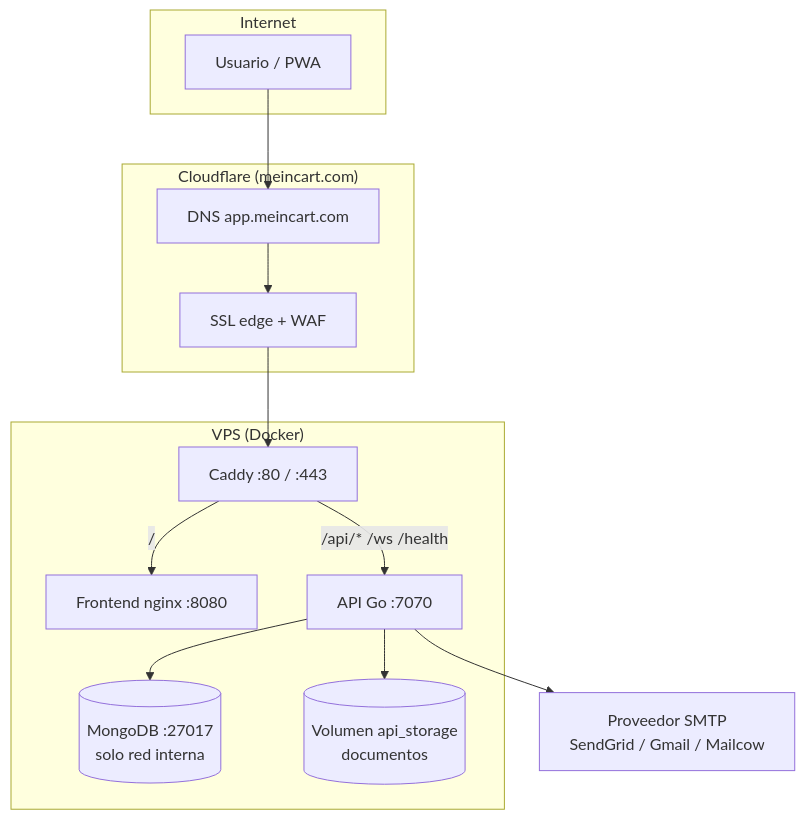
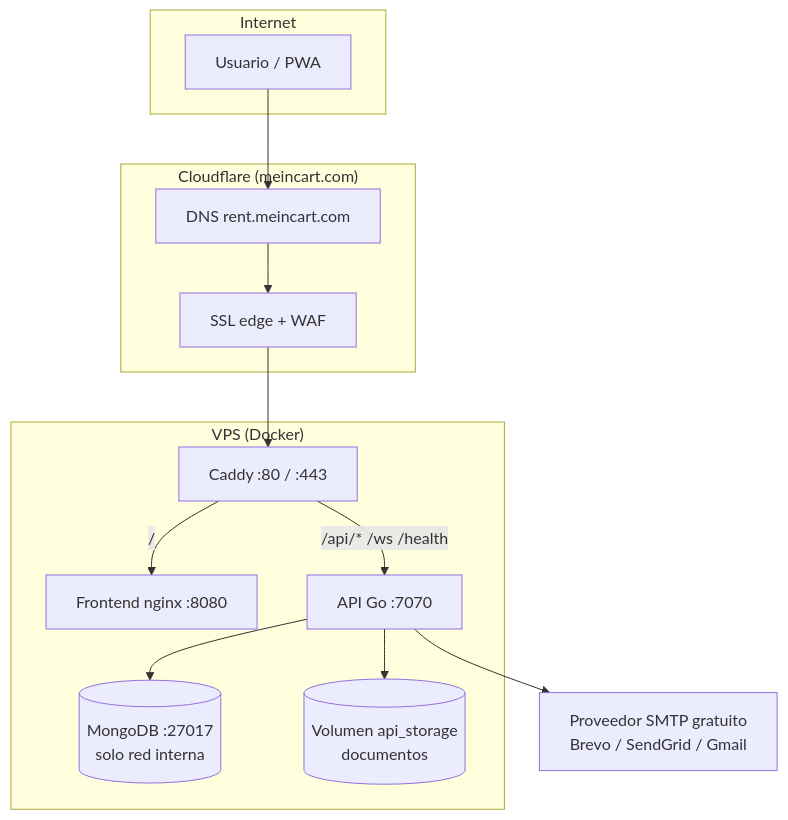
One commit to richardgarces/myrentgo changed the diagram in docs/DESPLIEGUE_PRODUCCION_SUBDOMINIO.md. Above: the diagram before and after it, drawn with Mermaid. The commit also changed other lines of this file and 173 other files, not shown here.

````diff
--- a/docs/DESPLIEGUE_PRODUCCION_SUBDOMINIO.md
+++ b/docs/DESPLIEGUE_PRODUCCION_SUBDOMINIO.md
@@ -30,28 +36,28 @@
 ```mermaid
 graph TB
     subgraph Internet
         U[Usuario / PWA]
     end
 
     subgraph Cloudflare["Cloudflare (meincart.com)"]
-        DNS[DNS app.meincart.com]
+        DNS[DNS rent.meincart.com]
         SSL[SSL edge + WAF]
     end
 
     subgraph VPS["VPS (Docker)"]
         Caddy[Caddy :80 / :443]
         FE[Frontend nginx :8080]
         API[API Go :7070]
         MONGO[(MongoDB :27017<br/>solo red interna)]
         VOL[(Volumen api_storage<br/>documentos)]
     end
 
-    SMTP[Proveedor SMTP<br/>SendGrid / Gmail / Mailcow]
+    SMTP[Proveedor SMTP gratuito<br/>Brevo / SendGrid / Gmail]
 
     U --> DNS --> SSL --> Caddy
     Caddy -->|"/"| FE
     Caddy -->|"/api/* /ws /health"| API
     API --> MONGO
     API --> VOL
     API --> SMTP
 ```
````
